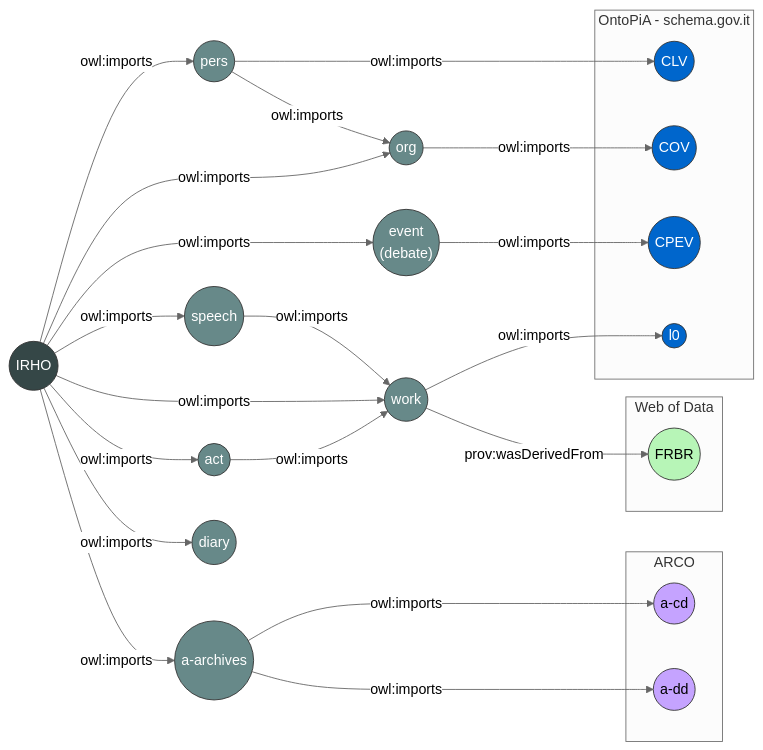
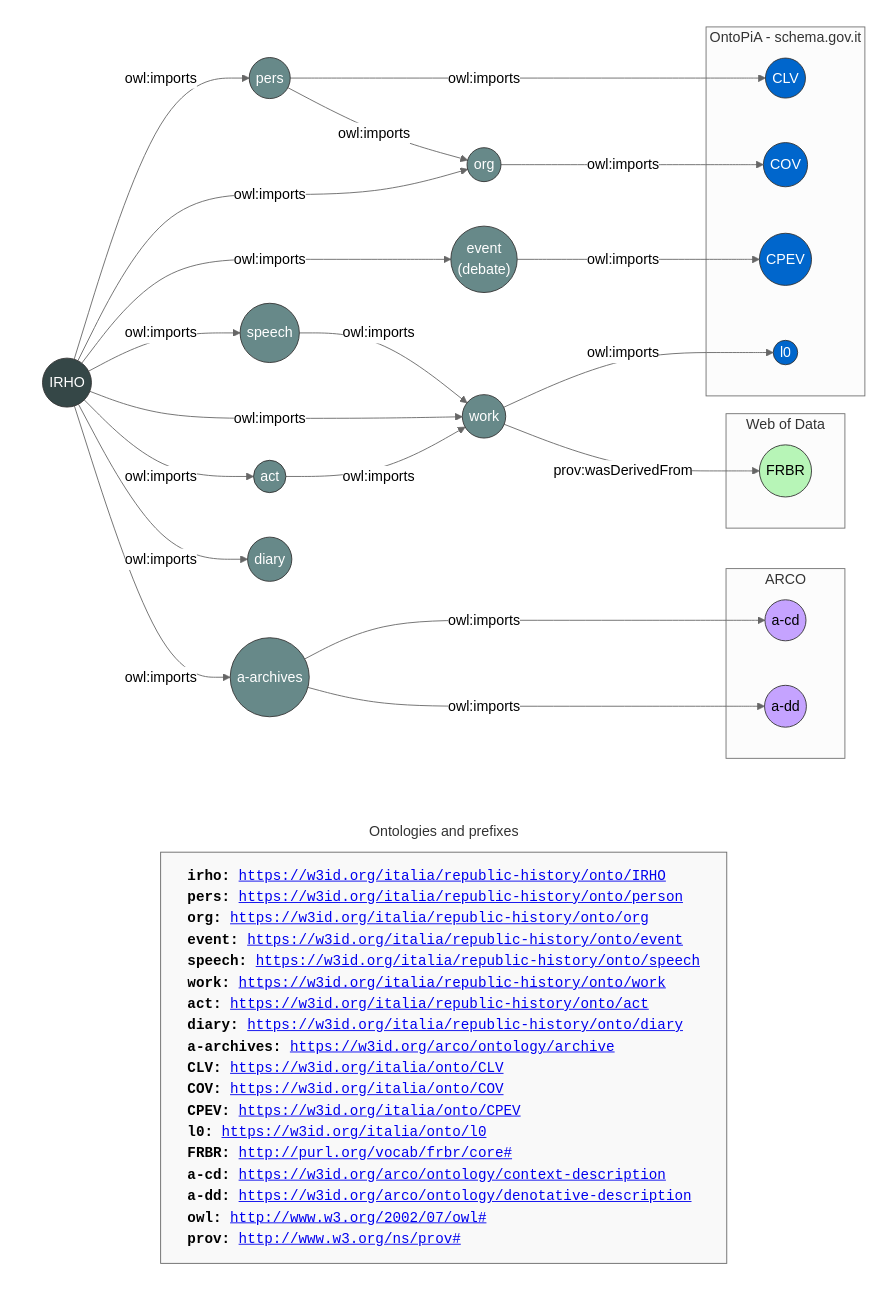
One commit to PortaleFontiRepubblica/assets changed the diagram in README.en.md. Above: the diagram before and after it, drawn with Mermaid (neutral theme). The commit also changed other lines of this file, not shown here.

Commit message:
Added prefixes in ontology network diagram

````diff
--- a/README.en.md
+++ b/README.en.md
@@ -61,66 +61,104 @@
 ```mermaid
-graph LR
+graph TD
+    
     %% Styling Definitions
     classDef irho fill:#354747,stroke:#333,stroke-width:1px,color:#fff;
     classDef core fill:#678989,stroke:#333,stroke-width:1px,color:#fff;
     classDef arco fill:#C5A3FF,stroke:#333,stroke-width:1px;
     classDef ontopia fill:#0066cc,stroke:#333,stroke-width:1px,color:#fff;
     classDef web fill:#B7F5B7,stroke:#333,stroke-width:1px;
+    classDef no-bg fill:transparent,stroke:transparent,stroke-width:0px;
+    classDef prefix-box fill:#f9f9f9,stroke:#666,stroke-width:1px,text-align:left,font-family:monospace,text-wrap:nowrap;
 
-    %% Subgraph: Web of Data
-    subgraph Web_of_Data ["Web of Data"]
-        FRBR((FRBR)):::web
+    %% Main graph
+    subgraph OntologyNetwork [ ]
+
+	    %% Subgraph: Web of Data
+	    subgraph Web_of_Data ["Web of Data"]
+	        FRBR((FRBR)):::web
+	    end
+
+	    %% Subgraph: ARCO Ontologies
+	    subgraph ARCO ["ARCO"]
+	        a_cd((a-cd)):::arco
+	        a_dd((a-dd)):::arco
+	    end
+
+	    %% Subgraph: OntoPiA Framework
+	    subgraph OntoPiA ["OntoPiA - schema.gov.it"]
+	        CPEV((CPEV)):::ontopia
+	        COV((COV)):::ontopia
+	        l0((l0)):::ontopia
+	        CLV((CLV)):::ontopia
+	    end
+
+	    %% Core Semantic Network Nodes
+	    IRHO((IRHO)):::irho
+	    pers((pers)):::core
+	    org((org)):::core
+	    event_debate(("event<br>(debate)")):::core
+	    a_archives(("a-archives")):::core
+	    diary((diary)):::core
+	    speech((speech)):::core
+	    work((work)):::core
+	    act((act)):::core
+
+	    %% Relationships & Imports
+	    IRHO -->|owl:imports| pers
+	    IRHO -->|owl:imports| org
+	    IRHO -->|owl:imports| event_debate
+	    IRHO -->|owl:imports| speech
+	    IRHO -->|owl:imports| work
+	    IRHO -->|owl:imports| act
+	    IRHO -->|owl:imports| diary
+	    IRHO -->|owl:imports| a_archives
+	    
+	    pers -->|owl:imports| CLV
+	    pers -->|owl:imports| org
+	    
+	    org -->|owl:imports| COV
+	    
+	    event_debate -->|owl:imports| CPEV
+	    
+	    work -->|owl:imports| l0
+	    work -->|prov:wasDerivedFrom| FRBR
+	    
+	    speech -->|owl:imports| work
+	    
+	    act -->|owl:imports| work
+
+	    a_archives --->|owl:imports| a_cd
+	    a_archives --->|owl:imports| a_dd
+	end
+
+	%% Invisible link to force the text box to sit below the main diagram
+    OntologyNetwork ~~~ Prefixes
+
+	%% Bottom Prefix Container
+    subgraph Prefixes ["Ontologies and prefixes"]
+        box["
+<b>irho: </b><a href="https://w3id.org/italia/republic-history/onto/IRHO">https://w3id.org/italia/republic-history/onto/IRHO</a>
+<b>pers: </b><a href="https://w3id.org/italia/republic-history/onto/person">https://w3id.org/italia/republic-history/onto/person</a>
+<b>org: </b><a href="https://w3id.org/italia/republic-history/onto/org">https://w3id.org/italia/republic-history/onto/org</a>
+<b>event: </b><a href="https://w3id.org/italia/republic-history/onto/event">https://w3id.org/italia/republic-history/onto/event</a>
+<b>speech: </b><a href="https://w3id.org/italia/republic-history/onto/speech">https://w3id.org/italia/republic-history/onto/speech</a>
+<b>work: </b><a href="https://w3id.org/italia/republic-history/onto/work">https://w3id.org/italia/republic-history/onto/work</a>
+<b>act: </b><a href="https://w3id.org/italia/republic-history/onto/act">https://w3id.org/italia/republic-history/onto/act</a>
+<b>diary: </b><a href="https://w3id.org/italia/republic-history/onto/diary">https://w3id.org/italia/republic-history/onto/diary</a>
+<b>a-archives: </b><a href="https://w3id.org/arco/ontology/archive">https://w3id.org/arco/ontology/archive</a>
+<b>CLV: </b><a href="https://w3id.org/italia/onto/CLV">https://w3id.org/italia/onto/CLV</a>
+<b>COV: </b><a href="https://w3id.org/italia/onto/COV">https://w3id.org/italia/onto/COV</a>
+<b>CPEV: </b><a href="https://w3id.org/italia/onto/CPEV">https://w3id.org/italia/onto/CPEV</a>
+<b>l0: </b><a href="https://w3id.org/italia/onto/l0">https://w3id.org/italia/onto/l0</a>
+<b>FRBR: </b><a href="http://purl.org/vocab/frbr/core#">http://purl.org/vocab/frbr/core#</a>
+<b>a-cd: </b><a href="https://w3id.org/arco/ontology/context-description">https://w3id.org/arco/ontology/context-description</a>
+<b>a-dd: </b><a href="https://w3id.org/arco/ontology/denotative-description">https://w3id.org/arco/ontology/denotative-description</a>
+<b>owl: </b><a href="http://www.w3.org/2002/07/owl#">http://www.w3.org/2002/07/owl#</a>
+<b>prov: </b><a href="http://www.w3.org/ns/prov#">http://www.w3.org/ns/prov#</a>
+"]:::prefix-box
     end
 
-    %% Subgraph: ARCO Ontologies
-    subgraph ARCO ["ARCO"]
-        a_cd((a-cd)):::arco
-        a_dd((a-dd)):::arco
-    end
+	class OntologyNetwork no-bg;
+	class Prefixes no-bg;
 
-    %% Subgraph: OntoPiA Framework
-    subgraph OntoPiA ["OntoPiA - schema.gov.it"]
-        CPEV((CPEV)):::ontopia
-        COV((COV)):::ontopia
-        l0((l0)):::ontopia
-        CLV((CLV)):::ontopia
-    end
-
-    %% Core Semantic Network Nodes
-    IRHO((IRHO)):::irho
-    pers((pers)):::core
-    org((org)):::core
-    event_debate(("event<br>(debate)")):::core
-    a_archives(("a-archives")):::core
-    diary((diary)):::core
-    speech((speech)):::core
-    work((work)):::core
-    act((act)):::core
-
-    %% Relationships & Imports
-    IRHO -->|owl:imports| pers
-    IRHO -->|owl:imports| org
-    IRHO -->|owl:imports| event_debate
-    IRHO -->|owl:imports| speech
-    IRHO -->|owl:imports| work
-    IRHO -->|owl:imports| act
-    IRHO -->|owl:imports| diary
-    IRHO -->|owl:imports| a_archives
-    
-    pers -->|owl:imports| CLV
-    pers -->|owl:imports| org
-    
-    org -->|owl:imports| COV
-    
-    event_debate -->|owl:imports| CPEV
-    
-    work -->|owl:imports| l0
-    work -->|prov:wasDerivedFrom| FRBR
-    
-    speech -->|owl:imports| work
-    
-    act -->|owl:imports| work
-
-    a_archives --->|owl:imports| a_cd
-    a_archives --->|owl:imports| a_dd
 ```
````
